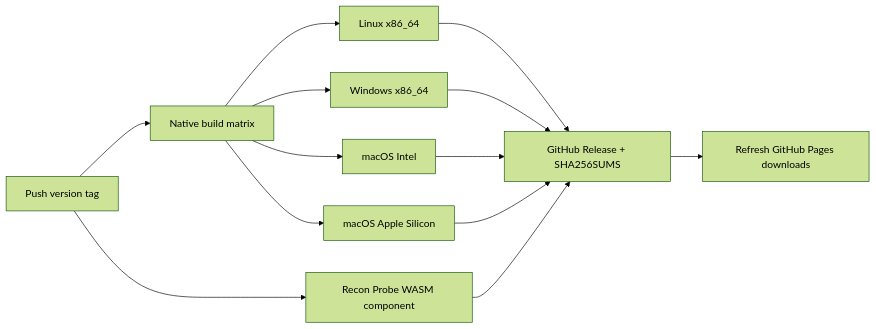
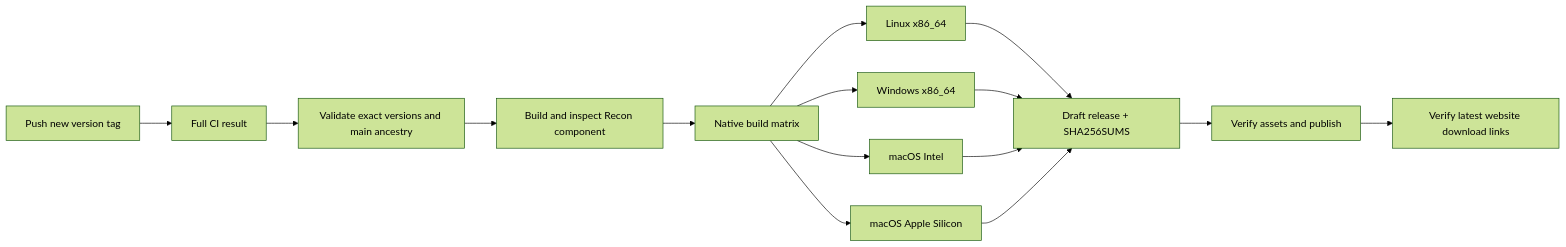
Before and after one commit to anonto42/poly.glid_security_workspace: the fourth of 4 diagrams in docs/architecture/PROJECT_FLOW.md, drawn with Mermaid (forest theme). The commit also changed other lines of this file and 62 other files, not shown here.

Commit message:
feat(ci): complete preview and release delivery flow

````diff
--- a/docs/architecture/PROJECT_FLOW.md
+++ b/docs/architecture/PROJECT_FLOW.md
@@ -109,15 +121,17 @@
 ```mermaid
 flowchart LR
-    Tag[Push version tag] --> Matrix[Native build matrix]
+    Tag[Push new version tag] --> CI[Full CI result]
+    CI --> Preflight[Validate exact versions and main ancestry]
+    Preflight --> Plugin[Build and inspect Recon component]
+    Plugin --> Matrix[Native build matrix]
     Matrix --> Linux[Linux x86_64]
     Matrix --> Windows[Windows x86_64]
     Matrix --> MacIntel[macOS Intel]
     Matrix --> MacArm[macOS Apple Silicon]
-    Tag --> Plugin[Recon Probe WASM component]
-    Linux --> Release[GitHub Release + SHA256SUMS]
-    Windows --> Release
-    MacIntel --> Release
-    MacArm --> Release
-    Plugin --> Release
-    Release --> Website[Refresh GitHub Pages downloads]
+    Linux --> Draft[Draft release + SHA256SUMS]
+    Windows --> Draft
+    MacIntel --> Draft
+    MacArm --> Draft
+    Draft --> Publish[Verify assets and publish]
+    Publish --> Website[Verify latest website download links]
 ```
````
